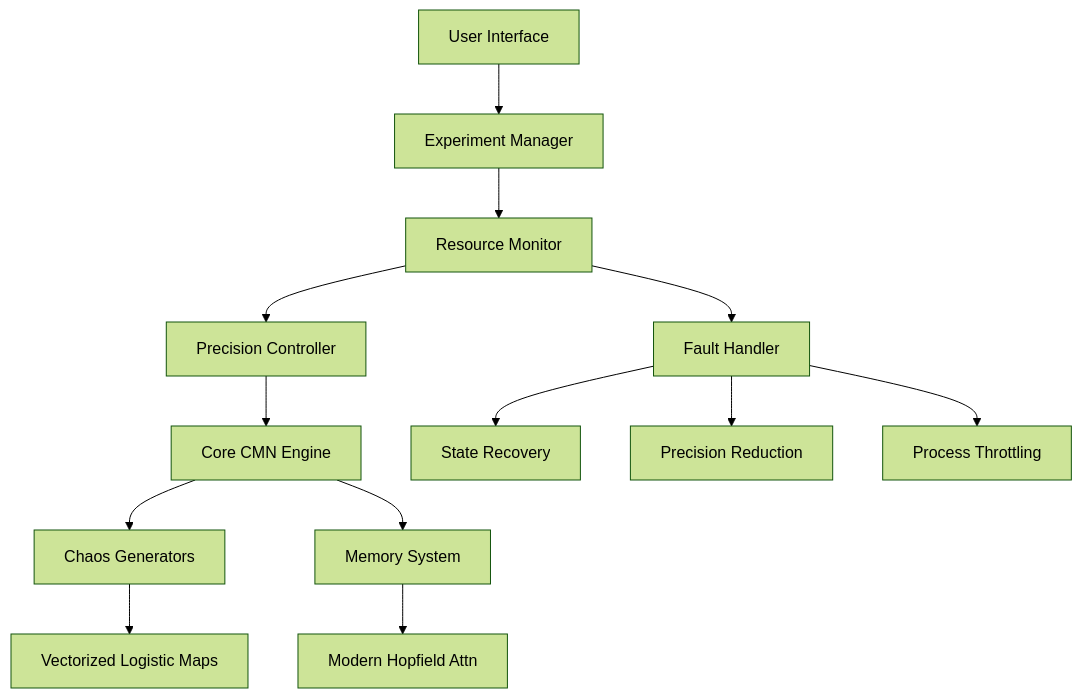
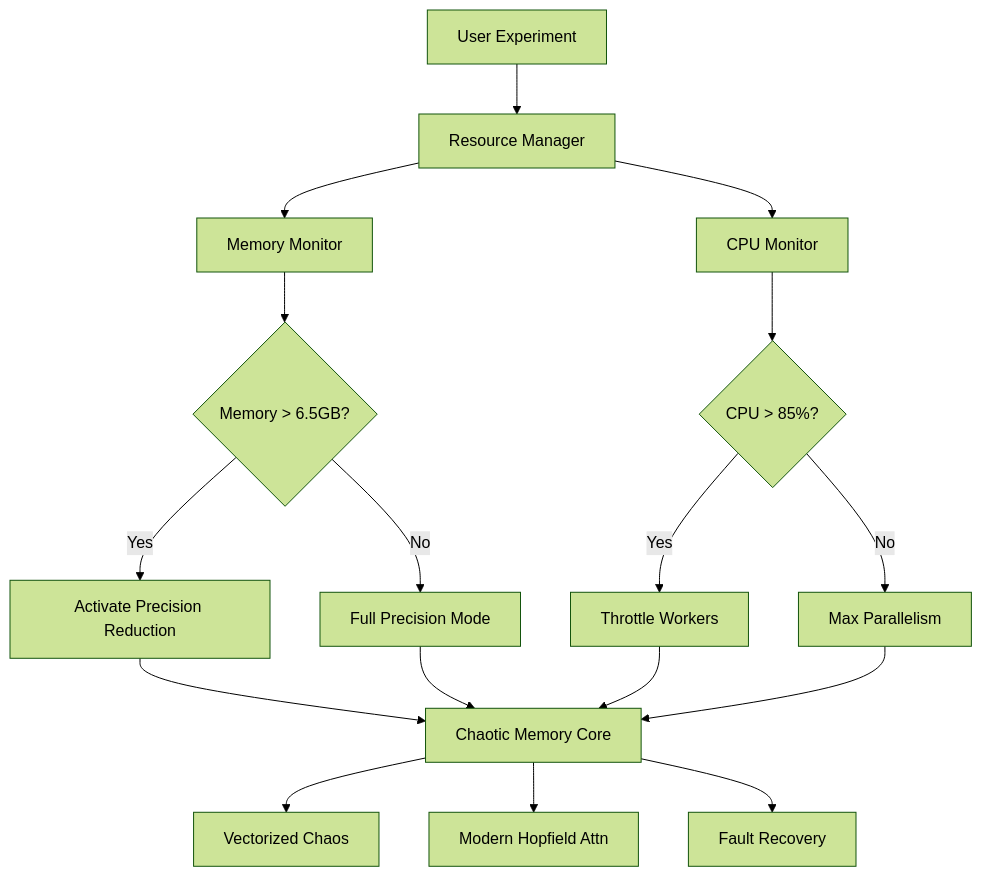
One commit to SteveProkovas/Chaotic-Memory-Networks-CMNs-inspired-by-Hopfield-Networks changed the diagram in README.md. Above: the diagram before and after it, drawn with Mermaid (forest theme). The commit also changed other lines of this file, not shown here.

````diff
--- a/README.md
+++ b/README.md
@@ -143,15 +164,19 @@
 ```mermaid
 graph TD
-    A[User Interface] --> B[Experiment Manager]
-    B --> C[Resource Monitor]
-    C --> D[Precision Controller]
-    D --> E[Core CMN Engine]
-    E --> F[Chaos Generators]
-    E --> G[Memory System]
-    F --> H[Vectorized Logistic Maps]
-    G --> I[Modern Hopfield Attn]
-    C --> J[Fault Handler]
-    J --> K[State Recovery]
-    J --> L[Precision Reduction]
-    J --> M[Process Throttling]
+    A[User Experiment] --> B[Resource Manager]
+    B --> C[Memory Monitor]
+    B --> D[CPU Monitor]
+    C --> E{Memory > 6.5GB?}
+    D --> F{CPU > 85%?}
+    E -->|Yes| G[Activate Precision Reduction]
+    E -->|No| H[Full Precision Mode]
+    F -->|Yes| I[Throttle Workers]
+    F -->|No| J[Max Parallelism]
+    G --> K[Chaotic Memory Core]
+    H --> K
+    I --> K
+    J --> K
+    K --> L[Vectorized Chaos]
+    K --> M[Modern Hopfield Attn]
+    K --> N[Fault Recovery]
 ```
````
